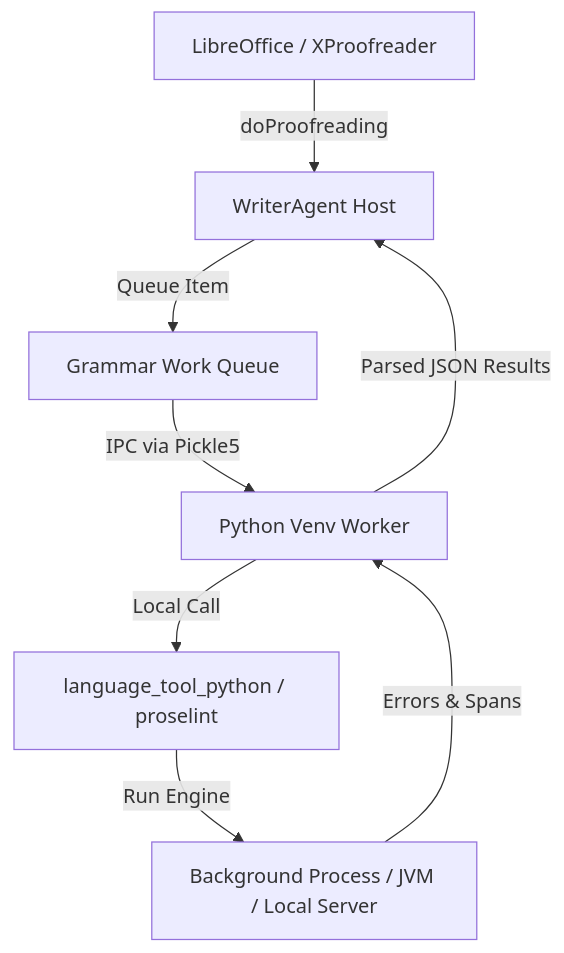
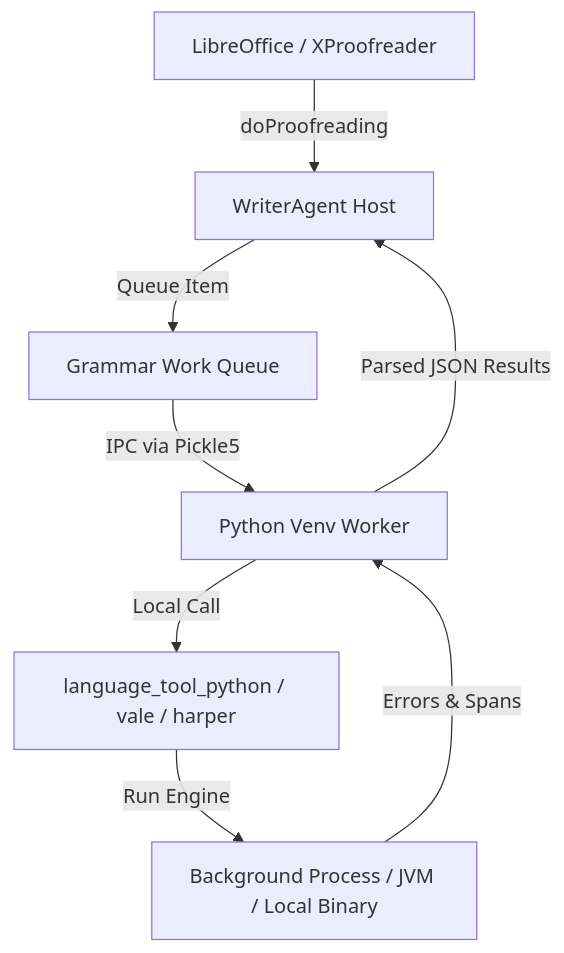
One commit to KeithCu/writeragent changed the diagram in docs/offline-grammar-checkers-evaluation.md. Above: the diagram before and after it, drawn with Mermaid. The commit also changed other lines of this file and 10 other files, not shown here.

Commit message:
harper grammar checker

````diff
--- a/docs/offline-grammar-checkers-evaluation.md
+++ b/docs/offline-grammar-checkers-evaluation.md
@@ -128,10 +129,10 @@
 ```mermaid
 flowchart TD
     LO[LibreOffice / XProofreader] -->|doProofreading| Host[WriterAgent Host]
     Host -->|Queue Item| Queue[Grammar Work Queue]
     Queue -->|IPC via Pickle5| Venv[Python Venv Worker]
-    Venv -->|Local Call| Checker[language_tool_python / proselint]
-    Checker -->|Run Engine| Process[Background Process / JVM / Local Server]
+    Venv -->|Local Call| Checker[language_tool_python / vale / harper]
+    Checker -->|Run Engine| Process[Background Process / JVM / Local Binary]
     Process -->|Errors & Spans| Venv
     Venv -->|Parsed JSON Results| Host
 ```
````
